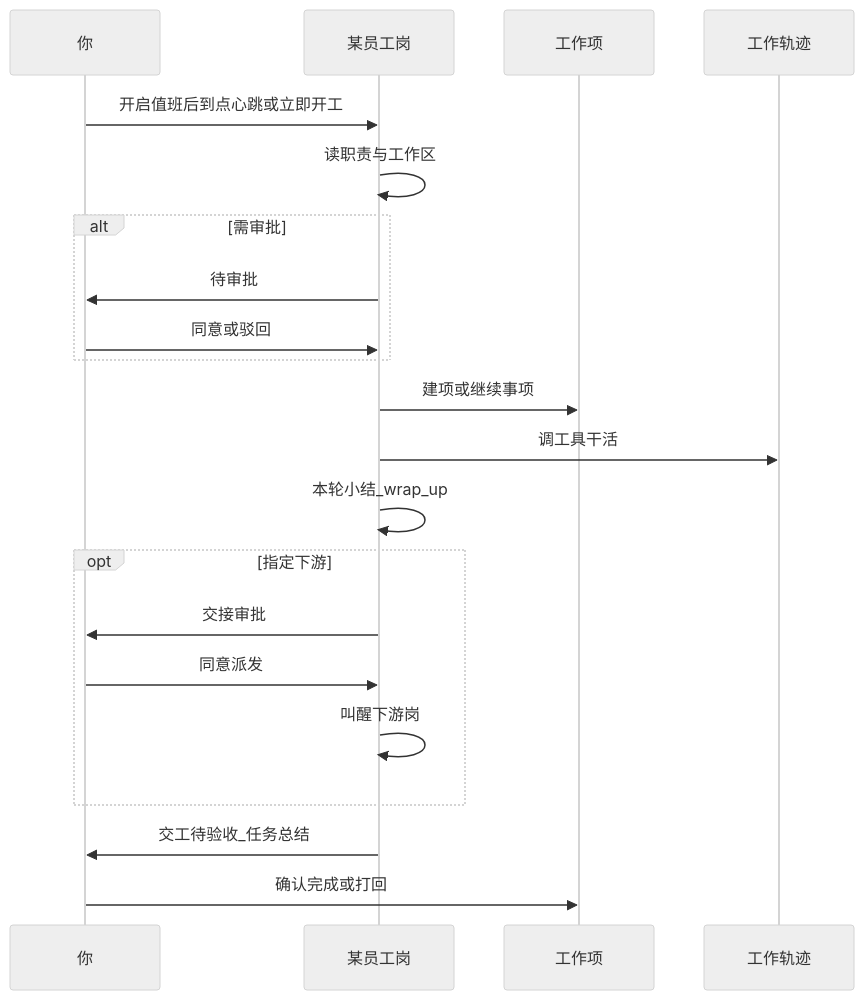
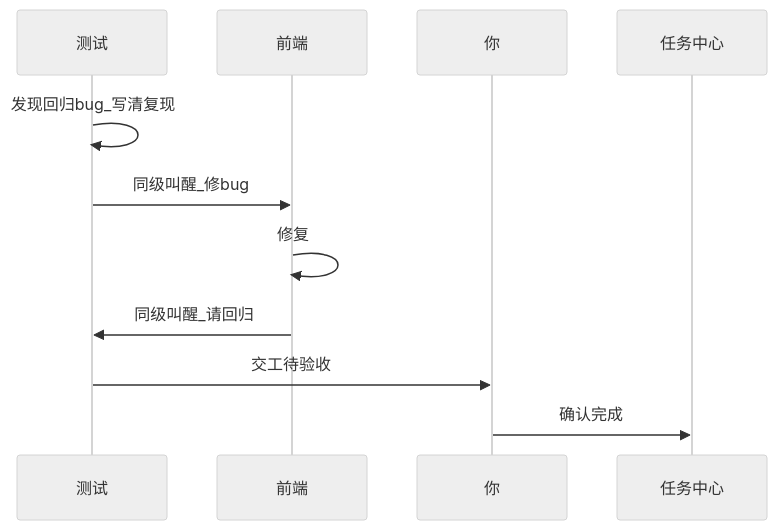
One commit to EvovexAI/EvoFlow changed the sixth of 6 diagrams in docs/user/explanation/smart-employees.md. Above: the diagram before and after it, drawn with Mermaid (neutral theme). The commit also changed other lines of this file and 76 other files, not shown here.

````diff
--- a/docs/user/explanation/smart-employees.md
+++ b/docs/user/explanation/smart-employees.md
@@ -138,24 +315,14 @@
 ```mermaid
 sequenceDiagram
+  participant QA as 测试
+  participant FE as 前端
   participant You as 你
-  participant Role as 某员工岗
-  participant Item as 工作项
-  participant Trail as 工作轨迹
+  participant TC as 任务中心
 
-  You->>Role: 开启值班后到点心跳或立即开工
-  Role->>Role: 读职责与工作区
-  alt 需审批
-    Role->>You: 待审批
-    You->>Role: 同意或驳回
-  end
-  Role->>Item: 建项或继续事项
-  Role->>Trail: 调工具干活
-  Role->>Role: 本轮小结_wrap_up
-  opt 指定下游
-    Role->>You: 交接审批
-    You->>Role: 同意派发
-    Role->>Role: 叫醒下游岗
-  end
-  Role->>You: 交工待验收_任务总结
-  You->>Item: 确认完成或打回
+  QA->>QA: 发现回归bug_写清复现
+  QA->>FE: 同级叫醒_修bug
+  FE->>FE: 修复
+  FE->>QA: 同级叫醒_请回归
+  QA->>You: 交工待验收
+  You->>TC: 确认完成
 ```
````
